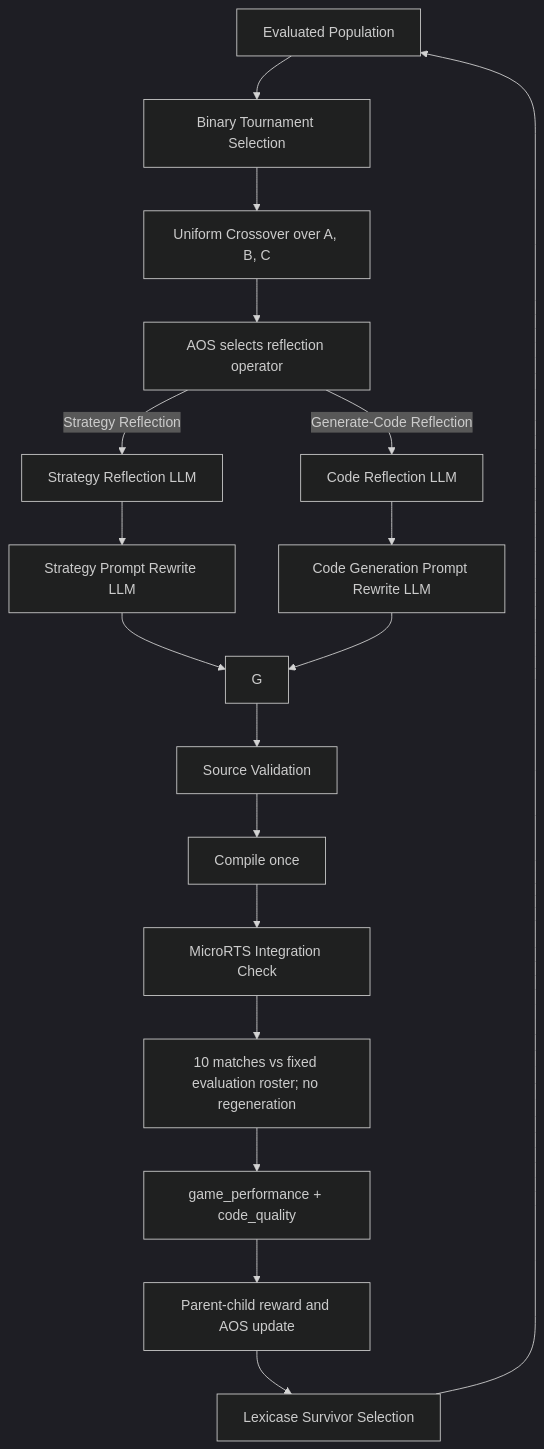
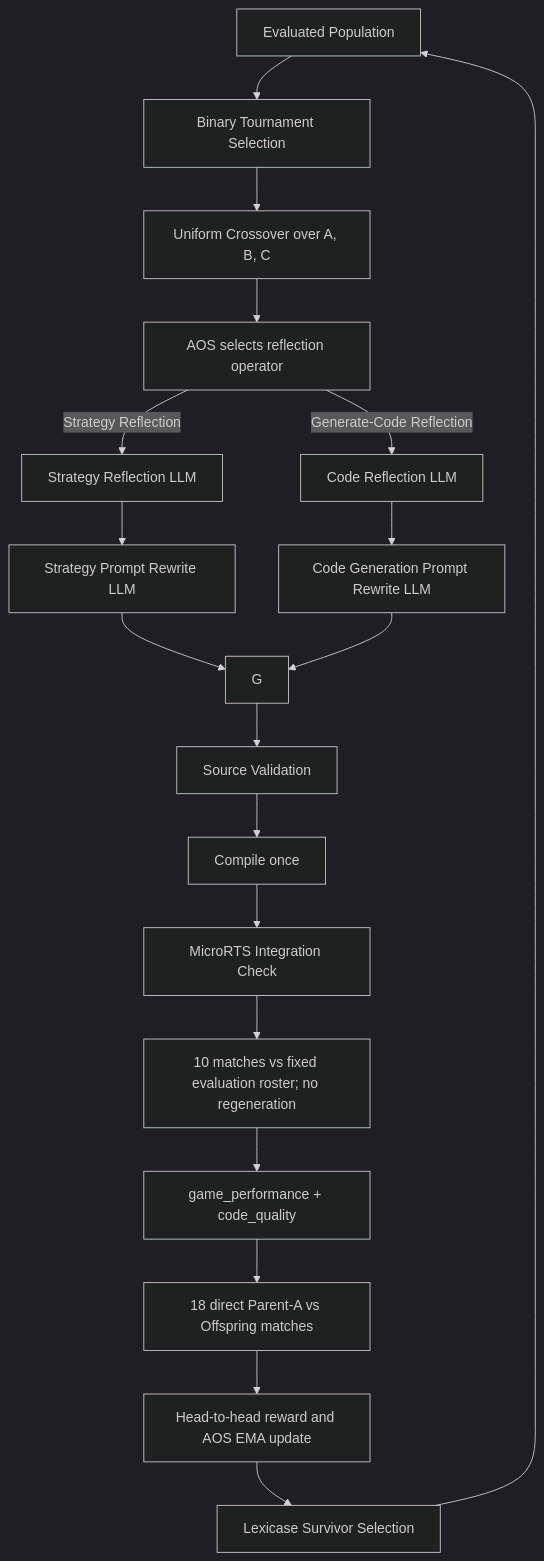
Before and after one commit to sophie8909/EAGLE: the diagram in docs/architeture_specification_zh.md, drawn with Mermaid (dark theme). The commit also changed other lines of this file and 26 other files, not shown here.

Commit message:
feat(aos): reward operators via parent-offspring matches

````diff
--- a/docs/architeture_specification_zh.md
+++ b/docs/architeture_specification_zh.md
@@ -48,12 +48,13 @@
 ```mermaid
 flowchart TD
     P["Evaluated Population"] --> S["Binary Tournament Selection"]
     S --> X["Uniform Crossover over A, B, C"]
     X --> AOS["AOS selects reflection operator"]
     AOS -->|Strategy Reflection| SR["Strategy Reflection LLM"] --> SW["Strategy Prompt Rewrite LLM"] --> G
     AOS -->|Generate-Code Reflection| CR["Code Reflection LLM"] --> CW["Code Generation Prompt Rewrite LLM"] --> G
     G --> V["Source Validation"] --> C["Compile once"] --> I["MicroRTS Integration Check"]
     I --> E["10 matches vs fixed evaluation roster; no regeneration"]
     E --> O["game_performance + code_quality"]
-    O --> R["Parent-child reward and AOS update"] --> N["Lexicase Survivor Selection"] --> P
+    O --> H["18 direct Parent-A vs Offspring matches"]
+    H --> R["Head-to-head reward and AOS EMA update"] --> N["Lexicase Survivor Selection"] --> P
 ```
````
